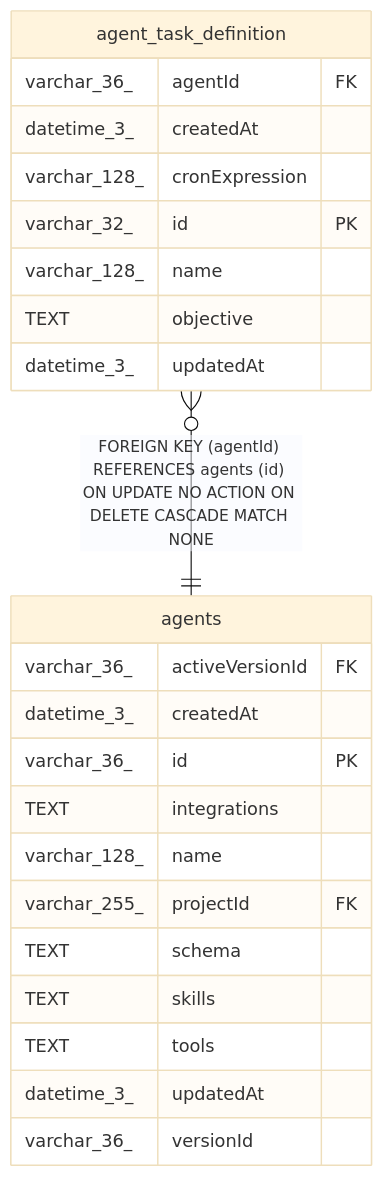
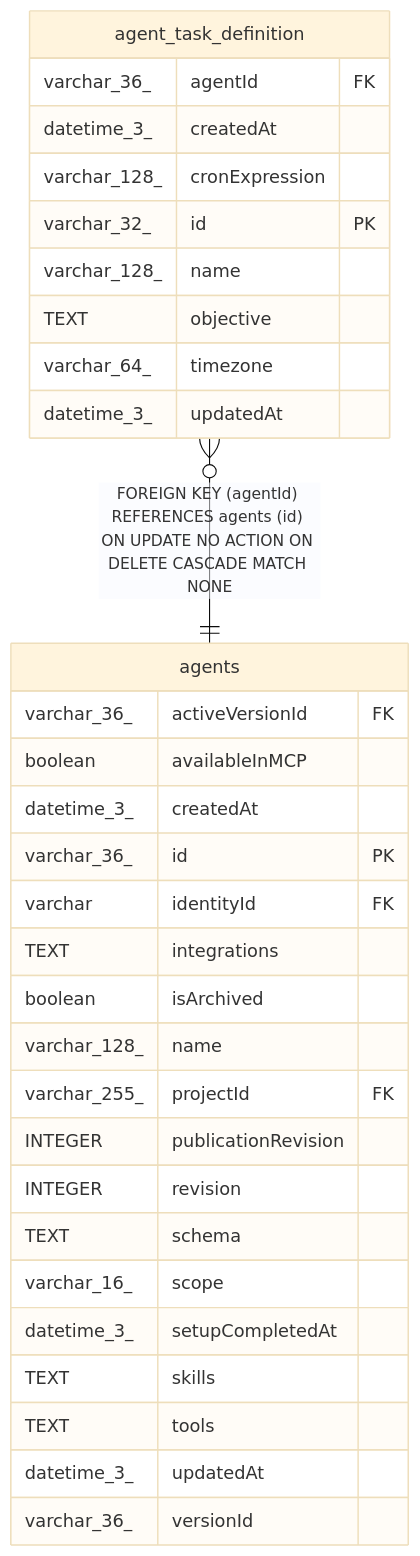
One commit to koreatest12/studys changed the diagram in n8n_integration/n8n_source/docs/generated/sqlite-schema/agent_task_definition.md. Above: the diagram before and after it, drawn with Mermaid (base theme). The commit also changed other lines of this file and 23019 other files, not shown here.

````diff
--- a/n8n_integration/n8n_source/docs/generated/sqlite-schema/agent_task_definition.md
+++ b/n8n_integration/n8n_source/docs/generated/sqlite-schema/agent_task_definition.md
@@ -43,28 +44,36 @@
 ```mermaid
 erDiagram
 
 "agent_task_definition" }o--|| "agents" : "FOREIGN KEY (agentId) REFERENCES agents (id) ON UPDATE NO ACTION ON DELETE CASCADE MATCH NONE"
 
 "agent_task_definition" {
   varchar_36_ agentId FK
   datetime_3_ createdAt
   varchar_128_ cronExpression
   varchar_32_ id PK
   varchar_128_ name
   TEXT objective
+  varchar_64_ timezone
   datetime_3_ updatedAt
 }
 "agents" {
   varchar_36_ activeVersionId FK
+  boolean availableInMCP
   datetime_3_ createdAt
   varchar_36_ id PK
+  varchar identityId FK
   TEXT integrations
+  boolean isArchived
   varchar_128_ name
   varchar_255_ projectId FK
+  INTEGER publicationRevision
+  INTEGER revision
   TEXT schema
+  varchar_16_ scope
+  datetime_3_ setupCompletedAt
   TEXT skills
   TEXT tools
   datetime_3_ updatedAt
   varchar_36_ versionId
 }
 ```
````
